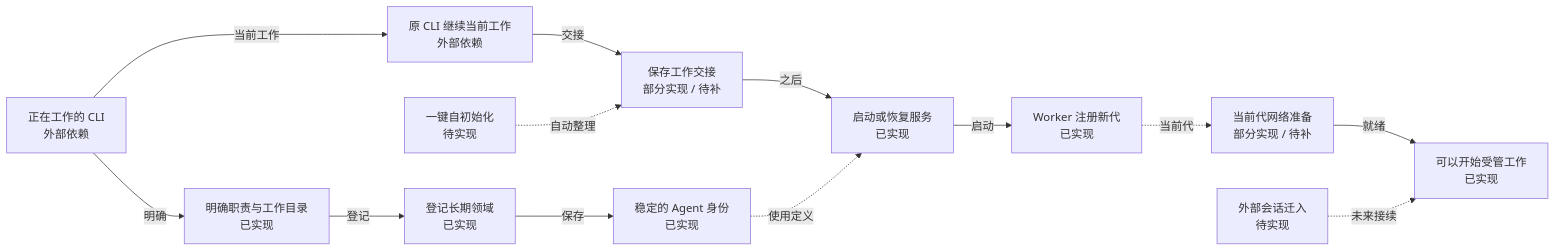
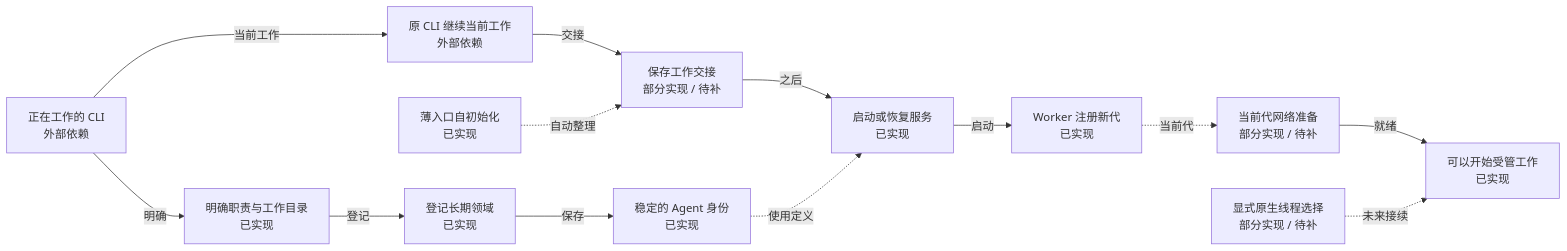
The third of 7 diagrams in docs/design/CURRENT_ARCHITECTURE.md (insky2017/OpenAgentX), drawn with Mermaid before and after one commit. The commit also changed other lines of this file and 629 other files, not shown here.

````diff
--- a/docs/design/CURRENT_ARCHITECTURE.md
+++ b/docs/design/CURRENT_ARCHITECTURE.md
@@ -140,27 +140,27 @@
 ```mermaid
 flowchart LR
   externalcli["正在工作的 CLI<br/>外部依赖"]
   role["明确职责与工作目录<br/>已实现"]
   add["登记长期领域<br/>已实现"]
   identity["稳定的 Agent 身份<br/>已实现"]
   original["原 CLI 继续当前工作<br/>外部依赖"]
   handoff["保存工作交接<br/>部分实现 / 待补"]
   resume["启动或恢复服务<br/>已实现"]
   register["Worker 注册新代<br/>已实现"]
-  selfinit["一键自初始化<br/>待实现"]
-  importsession["外部会话迁入<br/>待实现"]
+  selfinit["薄入口自初始化<br/>已实现"]
+  importsession["显式原生线程选择<br/>部分实现 / 待补"]
   netready["当前代网络准备<br/>部分实现 / 待补"]
   ready["可以开始受管工作<br/>已实现"]
   externalcli -->|"明确"| role
   role -->|"登记"| add
   add -->|"保存"| identity
   externalcli -->|"当前工作"| original
   original -->|"交接"| handoff
   handoff -->|"之后"| resume
   identity -.->|"使用定义"| resume
   resume -->|"启动"| register
   register -.->|"当前代"| netready
   netready -->|"就绪"| ready
   selfinit -.->|"自动整理"| handoff
   importsession -.->|"未来接续"| ready
 ```
````
